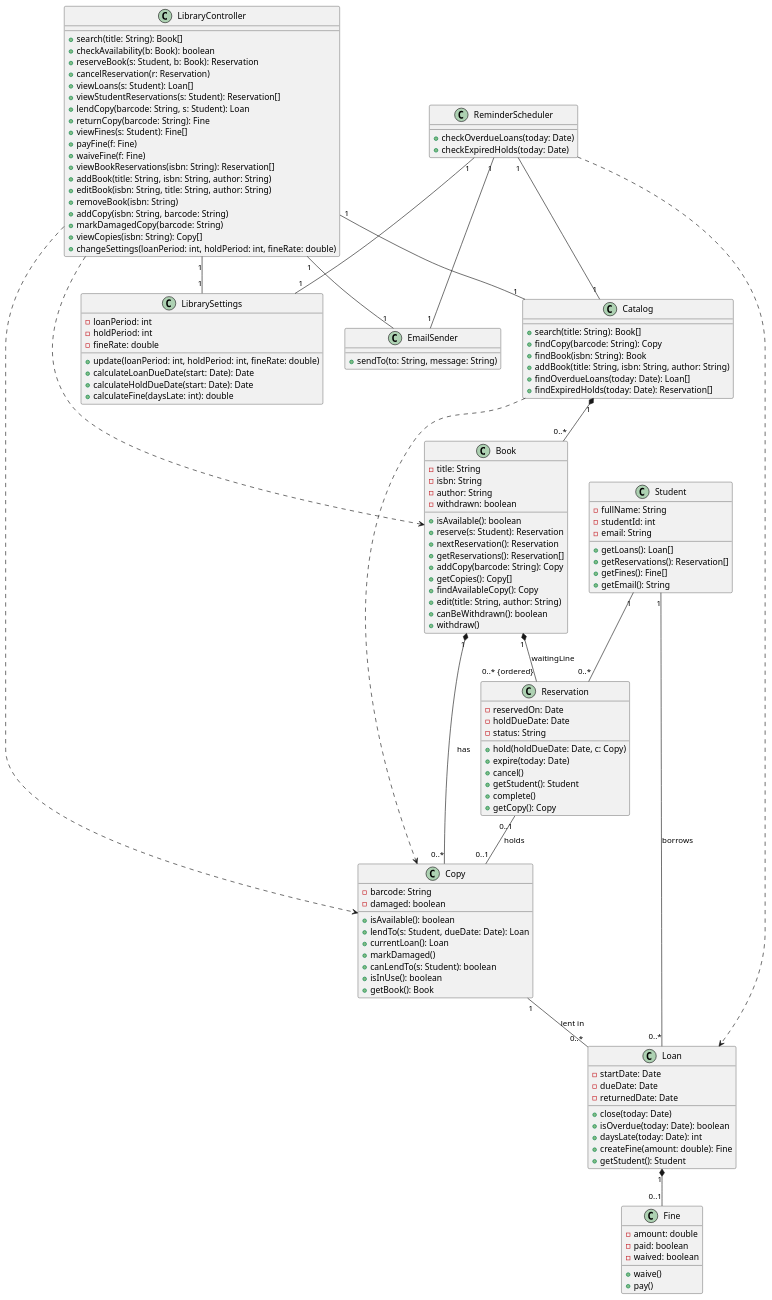
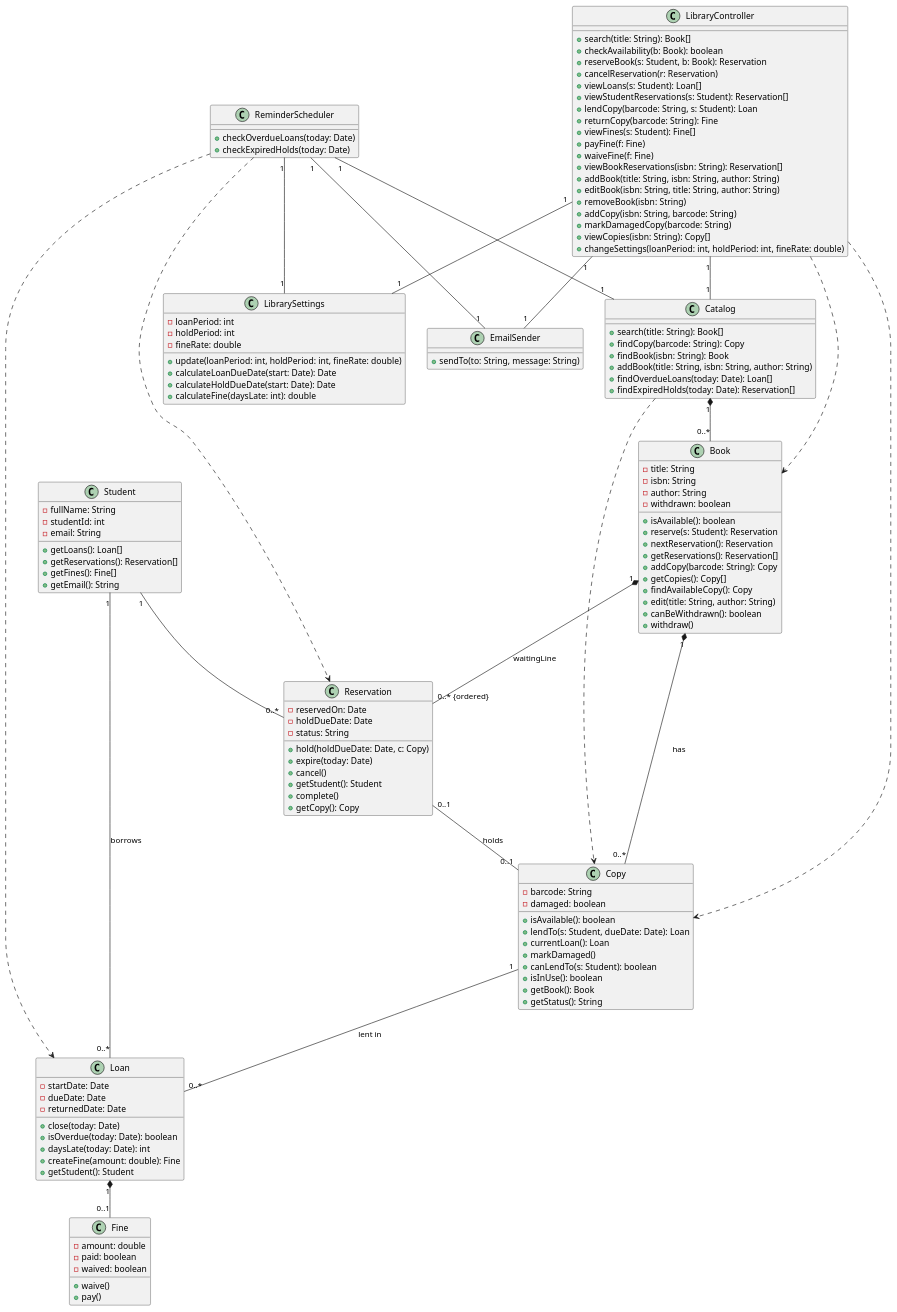
One commit to erionelezaj/LibrarySystem-SW-Design-Principles changed the diagram in docs/uml/class-diagram.puml. Above: the diagram before and after it, drawn with PlantUML. The commit also changed 2 other files, not shown here.

Commit message:
Final class diagram additions, regenerated diagram image, README sync

```diff
--- a/docs/uml/class-diagram.puml
+++ b/docs/uml/class-diagram.puml
@@ -1,148 +1,150 @@
 @startuml LibrarySystem
 
 class LibraryController {
     + search(title: String): Book[]
     + checkAvailability(b: Book): boolean
     + reserveBook(s: Student, b: Book): Reservation
     + cancelReservation(r: Reservation)
     + viewLoans(s: Student): Loan[]
     + viewStudentReservations(s: Student): Reservation[]
     + lendCopy(barcode: String, s: Student): Loan
     + returnCopy(barcode: String): Fine
     + viewFines(s: Student): Fine[]
     + payFine(f: Fine)
     + waiveFine(f: Fine)
     + viewBookReservations(isbn: String): Reservation[]
     + addBook(title: String, isbn: String, author: String)
     + editBook(isbn: String, title: String, author: String)
     + removeBook(isbn: String)
     + addCopy(isbn: String, barcode: String)
     + markDamagedCopy(barcode: String)
     + viewCopies(isbn: String): Copy[]
     + changeSettings(loanPeriod: int, holdPeriod: int, fineRate: double)
 }
 
 class ReminderScheduler {
     + checkOverdueLoans(today: Date)
     + checkExpiredHolds(today: Date)
 }
 
 class EmailSender {
     + sendTo(to: String, message: String)
 }
 
 class Catalog {
     + search(title: String): Book[]
     + findCopy(barcode: String): Copy
     + findBook(isbn: String): Book
     + addBook(title: String, isbn: String, author: String)
     + findOverdueLoans(today: Date): Loan[]
     + findExpiredHolds(today: Date): Reservation[]
 }
 
 class LibrarySettings {
     - loanPeriod: int
     - holdPeriod: int
     - fineRate: double
     + update(loanPeriod: int, holdPeriod: int, fineRate: double)
     + calculateLoanDueDate(start: Date): Date
     + calculateHoldDueDate(start: Date): Date
     + calculateFine(daysLate: int): double
 }
 
 class Book {
     - title: String
     - isbn: String
     - author: String
     - withdrawn: boolean
     + isAvailable(): boolean
     + reserve(s: Student): Reservation
     + nextReservation(): Reservation
     + getReservations(): Reservation[]
     + addCopy(barcode: String): Copy
     + getCopies(): Copy[]
     + findAvailableCopy(): Copy
     + edit(title: String, author: String)
     + canBeWithdrawn(): boolean
     + withdraw()
 }
 
 class Student {
     - fullName: String
     - studentId: int
     - email: String
     + getLoans(): Loan[]
     + getReservations(): Reservation[]
     + getFines(): Fine[]
     + getEmail(): String
 }
 
 class Reservation {
     - reservedOn: Date
     - holdDueDate: Date
     - status: String
     + hold(holdDueDate: Date, c: Copy)
     + expire(today: Date)
     + cancel()
     + getStudent(): Student
     + complete() 
     + getCopy(): Copy   
 }
 
 class Copy {
     - barcode: String
     - damaged: boolean
     + isAvailable(): boolean
     + lendTo(s: Student, dueDate: Date): Loan
     + currentLoan(): Loan
     + markDamaged()
     + canLendTo(s: Student): boolean
     + isInUse(): boolean
     + getBook(): Book
+    + getStatus(): String
 }
 
 class Loan {
     - startDate: Date
     - dueDate: Date
     - returnedDate: Date
     + close(today: Date)
     + isOverdue(today: Date): boolean
     + daysLate(today: Date): int
     + createFine(amount: double): Fine
     + getStudent(): Student
 }
 
 class Fine {
     - amount: double
     - paid: boolean
     - waived: boolean
     + waive()
     + pay()
 }
 
 
 LibraryController "1" -- "1" EmailSender
 LibraryController "1" -- "1" Catalog
 LibraryController "1" -- "1" LibrarySettings
 LibraryController ..> Book
 LibraryController ..> Copy
 
 ReminderScheduler "1" -- "1" EmailSender
 ReminderScheduler "1" -- "1" Catalog
 ReminderScheduler "1" -- "1" LibrarySettings
 ReminderScheduler ..> Loan
+ReminderScheduler ..> Reservation
 
 Catalog "1" *-- "0..*" Book
 Catalog ..> Copy
 
 Book "1" *-- "0..* {ordered}" Reservation : waitingLine
 Book "1" *-- "0..*" Copy : has
 Reservation "0..1" -- "0..1" Copy : holds
 
 Student "1" -- "0..*" Reservation
 Student "1" -- "0..*" Loan : borrows
 
 Copy "1" -- "0..*" Loan : lent in
 Loan "1" *-- "0..1" Fine
 
 @enduml
```
